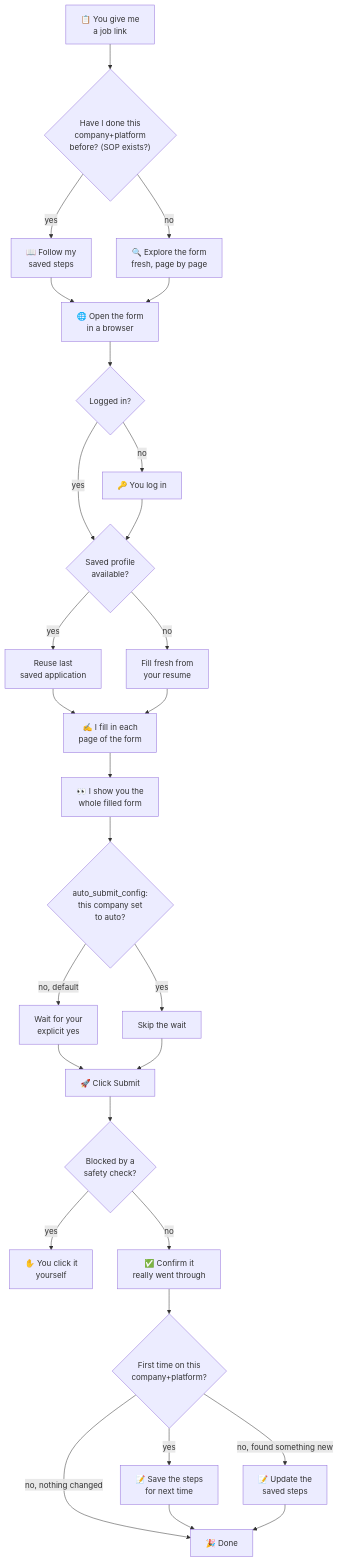
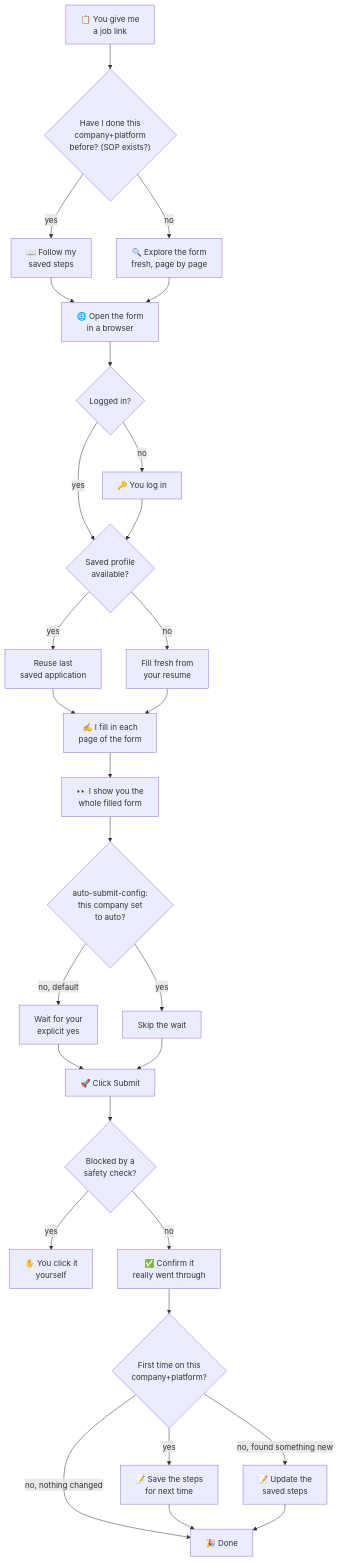
Before and after one commit to gordonrcwang-del/Joblander: the diagram in automation/job-apply/WORKFLOW.md, drawn with Mermaid. The commit also changed other lines of this file and 21 other files, not shown here.

````diff
--- a/automation/job-apply/WORKFLOW.md
+++ b/automation/job-apply/WORKFLOW.md
@@ -3,37 +3,37 @@
 ```mermaid
 flowchart TD
     A["📋 You give me<br/>a job link"] --> B{"Have I done this<br/>company+platform<br/>before? (SOP exists?)"}
     B -->|yes| C["📖 Follow my<br/>saved steps"]
     B -->|no| D["🔍 Explore the form<br/>fresh, page by page"]
 
     C --> E["🌐 Open the form<br/>in a browser"]
     D --> E
 
     E --> F{"Logged in?"}
     F -->|no| G["🔑 You log in"]
     F -->|yes| H
     G --> H{"Saved profile<br/>available?"}
     H -->|yes| I["Reuse last<br/>saved application"]
     H -->|no| J["Fill fresh from<br/>your resume"]
 
     I --> K["✍️ I fill in each<br/>page of the form"]
     J --> K
 
     K --> L["👀 I show you the<br/>whole filled form"]
-    L --> M{"auto_submit_config:<br/>this company set<br/>to auto?"}
+    L --> M{"auto-submit-config:<br/>this company set<br/>to auto?"}
     M -->|no, default| N["Wait for your<br/>explicit yes"]
     M -->|yes| O["Skip the wait"]
     N --> P
     O --> P["🚀 Click Submit"]
 
     P --> Q{"Blocked by a<br/>safety check?"}
     Q -->|yes| R["✋ You click it<br/>yourself"]
     Q -->|no| S["✅ Confirm it<br/>really went through"]
 
     S --> T{"First time on this<br/>company+platform?"}
     T -->|yes| U["📝 Save the steps<br/>for next time"]
     T -->|no, found something new| V["📝 Update the<br/>saved steps"]
     T -->|no, nothing changed| W["🎉 Done"]
     U --> W
     V --> W
 ```
````
